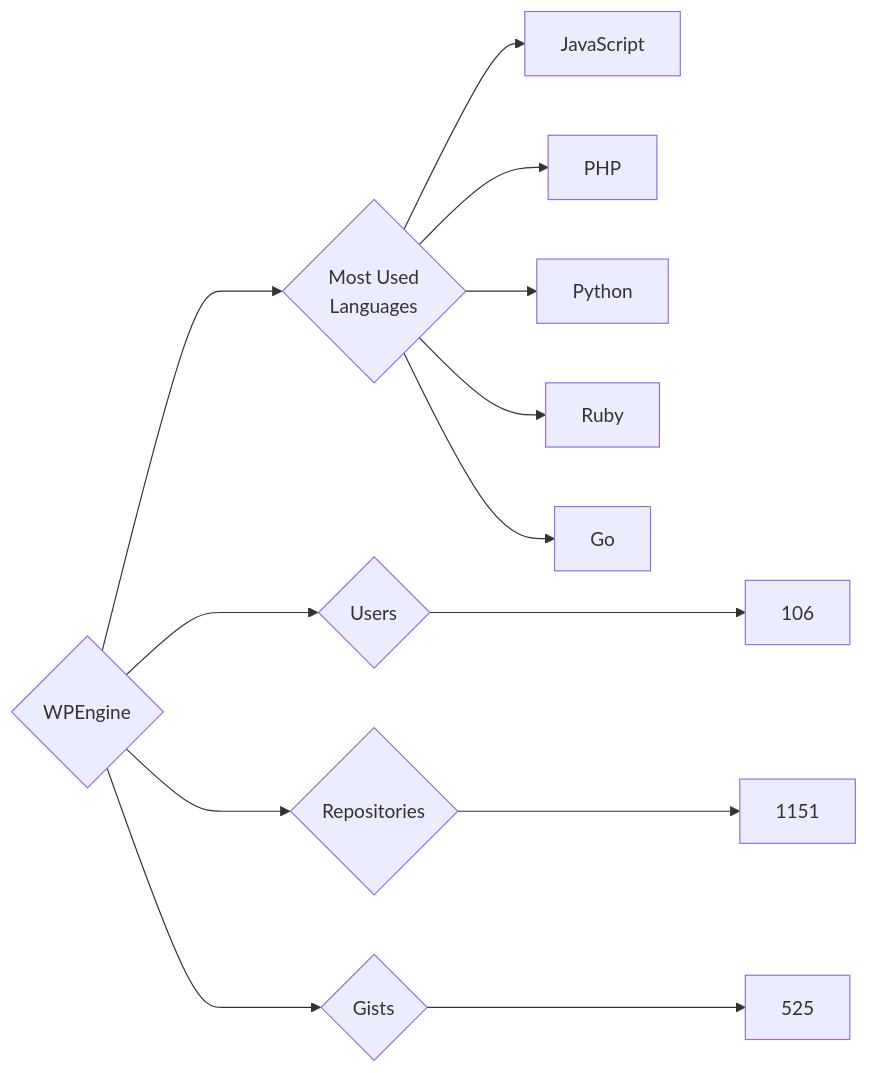
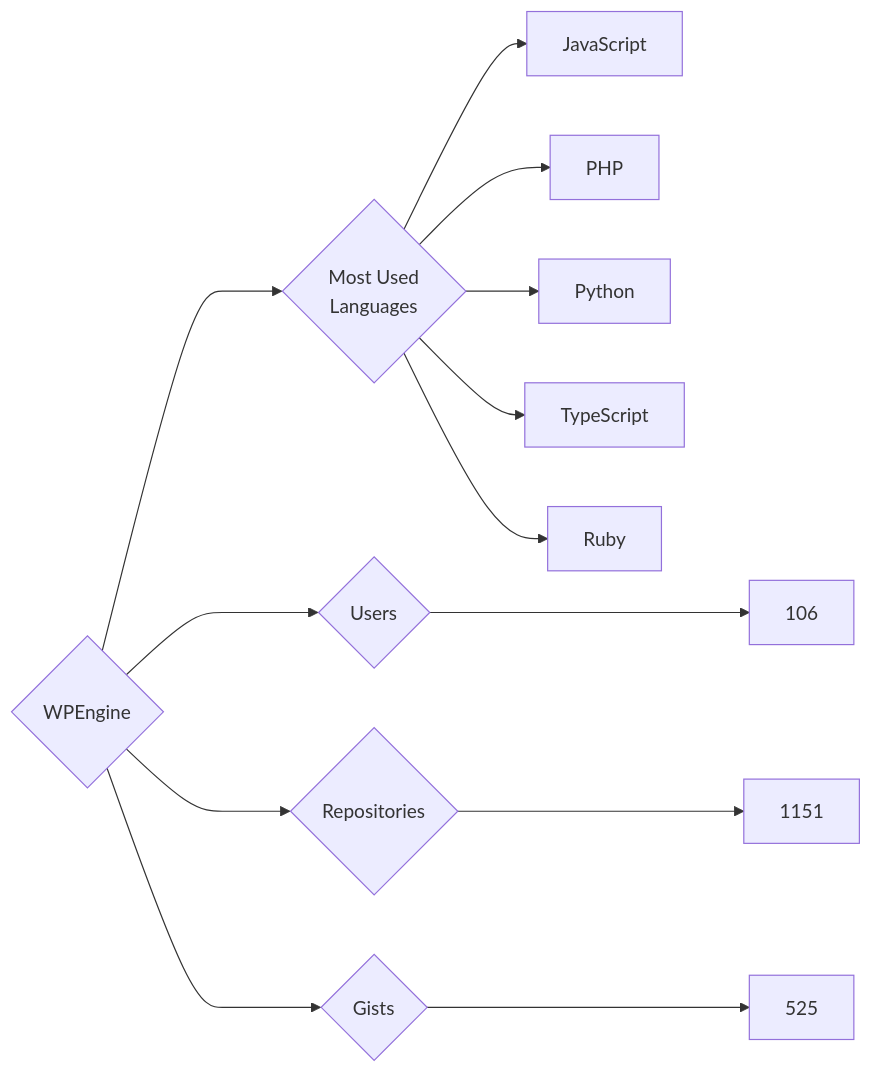
Before and after one commit to trickest/insiders: the diagram in targets/WPEngine/README.md, drawn with Mermaid. The commit also changed 964 other files, not shown here.

````diff
--- a/targets/WPEngine/README.md
+++ b/targets/WPEngine/README.md
@@ -3,13 +3,13 @@
 ```mermaid
 graph LR
 COMPANY_NAME{WPEngine}
 COMPANY_NAME ---> U{Users} ---> UN[106]
 COMPANY_NAME ---> R{Repositories} ---> RN[1151]
 COMPANY_NAME ---> G{Gists} ---> GN[525]
 COMPANY_NAME ---> ML{Most Used<br>Languages}
 ML --> JavaScript[JavaScript]
 ML --> PHP[PHP]
 ML --> Python[Python]
+ML --> TypeScript[TypeScript]
 ML --> Ruby[Ruby]
-ML --> Go[Go]
 ```
````
